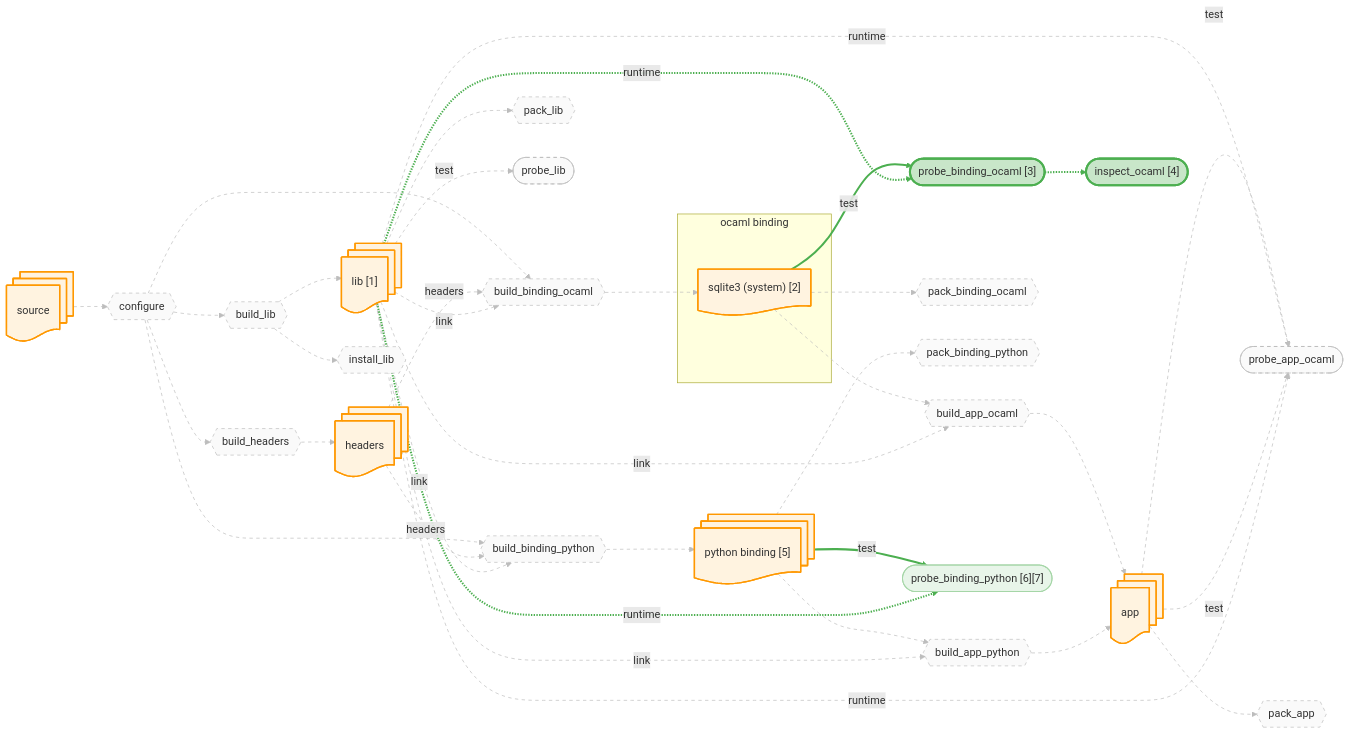
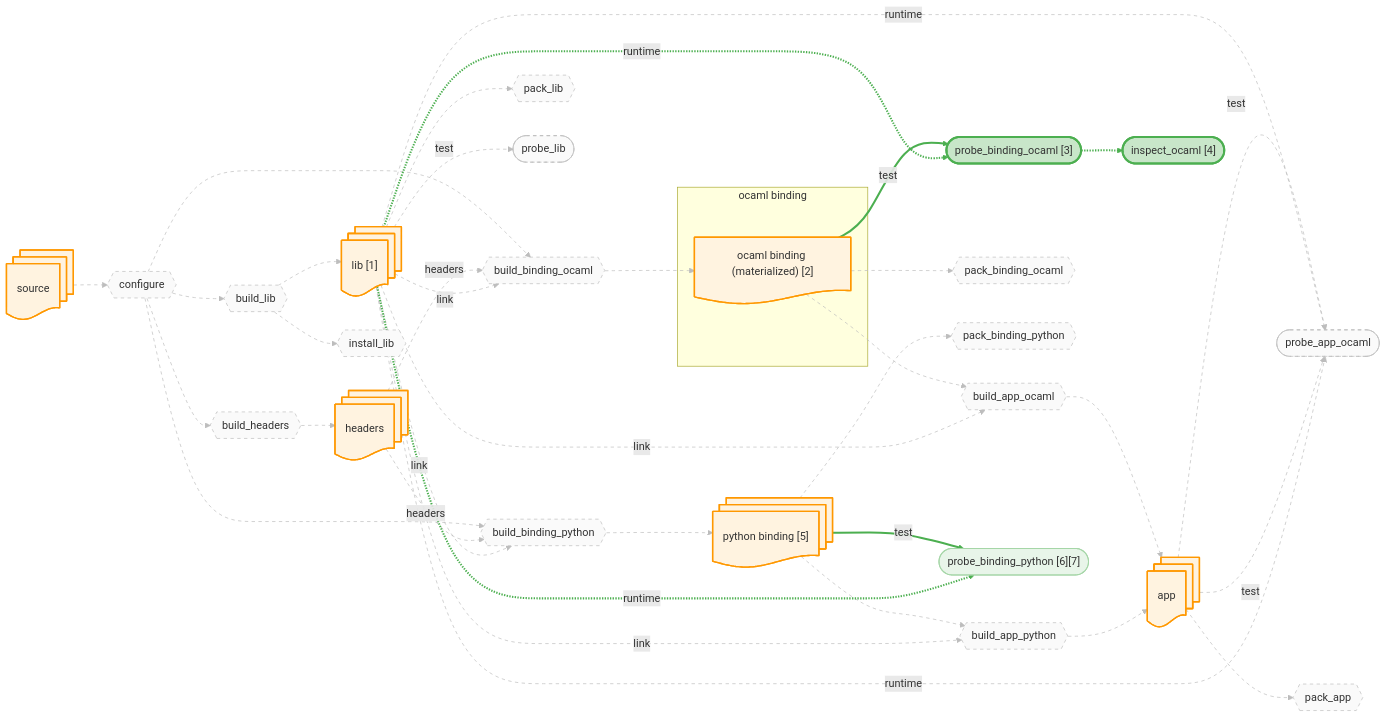
The diagram in docs/canary/projects/sqlite/-run/diagrams/binding_ocaml.mmd (JHU-PL-Lab/tola), drawn with Mermaid before and after one commit. The commit also changed 14 other files, not shown here.

```diff
--- a/docs/canary/projects/sqlite/-run/diagrams/binding_ocaml.mmd
+++ b/docs/canary/projects/sqlite/-run/diagrams/binding_ocaml.mmd
@@ -1,126 +1,126 @@
 %% view: binding_ocaml
 graph LR
     source_node@{ shape: docs, label: "source" }
     headers_node@{ shape: docs, label: "headers" }
     lib_node@{ shape: docs, label: "lib [1]" }
     app_node@{ shape: docs, label: "app" }
     subgraph ocaml_binding_sg ["ocaml binding"]
-      ocaml_binding_fetch_node@{ shape: doc, label: "sqlite3 (system) [2]" }
+      ocaml_binding_fetch_node@{ shape: doc, label: "ocaml binding (materialized) [2]" }
     end
     python_binding_node@{ shape: docs, label: "python binding [5]" }
 
     A_configure{{"configure"}}
     A_build_headers{{"build_headers"}}
     A_build_lib{{"build_lib"}}
     A_build_binding_ocaml{{"build_binding_ocaml"}}
     A_build_app_ocaml{{"build_app_ocaml"}}
     A_build_binding_python{{"build_binding_python"}}
     A_build_app_python{{"build_app_python"}}
     A_install_lib{{"install_lib"}}
     A_pack_binding_ocaml{{"pack_binding_ocaml"}}
     A_pack_binding_python{{"pack_binding_python"}}
     A_pack_lib{{"pack_lib"}}
     A_pack_app{{"pack_app"}}
     A_probe_binding_ocaml(["probe_binding_ocaml [3]"])
     A_probe_app_ocaml(["probe_app_ocaml"])
     A_probe_binding_python(["probe_binding_python [6][7]"])
     A_probe_app_ocaml(["probe_app_ocaml"])
     A_probe_lib(["probe_lib"])
     A_probe_binding_ocaml_inspect(["inspect_ocaml [4]"])
 
     source_node --> A_configure
     A_configure --> A_build_headers
     A_build_headers --> headers_node
     A_configure --> A_build_lib
     A_build_lib --> lib_node
     A_configure --> A_build_binding_ocaml
     headers_node -.->|headers| A_build_binding_ocaml
     lib_node -.->|link| A_build_binding_ocaml
     A_build_binding_ocaml --> ocaml_binding_fetch_node
     ocaml_binding_fetch_node --> A_build_app_ocaml
     lib_node -.->|link| A_build_app_ocaml
     A_build_app_ocaml --> app_node
     A_configure --> A_build_binding_python
     headers_node -.->|headers| A_build_binding_python
     lib_node -.->|link| A_build_binding_python
     A_build_binding_python --> python_binding_node
     python_binding_node --> A_build_app_python
     lib_node -.->|link| A_build_app_python
     A_build_app_python --> app_node
     A_build_lib --> A_install_lib
     ocaml_binding_fetch_node --> A_pack_binding_ocaml
     python_binding_node --> A_pack_binding_python
     lib_node --> A_pack_lib
     app_node --> A_pack_app
     ocaml_binding_fetch_node -->|test| A_probe_binding_ocaml
     lib_node -.->|runtime| A_probe_binding_ocaml
     app_node -->|test| A_probe_app_ocaml
     lib_node -.->|runtime| A_probe_app_ocaml
     python_binding_node -->|test| A_probe_binding_python
     lib_node -.->|runtime| A_probe_binding_python
     app_node -->|test| A_probe_app_ocaml
     lib_node -.->|runtime| A_probe_app_ocaml
     lib_node -->|test| A_probe_lib
     A_probe_binding_ocaml -.-> A_probe_binding_ocaml_inspect
 
     classDef artifact fill:#fff3e0,stroke:#ff9800,stroke-width:2px
     classDef action fill:#f3e5f5,stroke:#9c27b0,stroke-width:2px
     classDef st_done fill:#c8e6c9,stroke:#4caf50,stroke-width:3px
     classDef st_done_ctx fill:#e8f5e9,stroke:#a5d6a7,stroke-width:1.5px
     classDef st_expected_fail fill:#fff9c4,stroke:#f9a825,stroke-width:2px
     classDef st_failed fill:#ffcdd2,stroke:#c62828,stroke-width:2px
     classDef st_skipped fill:#f5f5f5,stroke:#9e9e9e,stroke-dasharray:5
     classDef st_nospec fill:#fafafa,stroke:#bdbdbd,stroke-dasharray:5
     class source_node,headers_node,lib_node,app_node,ocaml_binding_fetch_node,python_binding_node artifact
     class A_configure st_nospec
     class A_build_headers st_nospec
     class A_build_lib st_nospec
     class A_build_binding_ocaml st_nospec
     class A_build_app_ocaml st_nospec
     class A_build_binding_python st_nospec
     class A_build_app_python st_nospec
     class A_install_lib st_nospec
     class A_pack_binding_ocaml st_nospec
     class A_pack_binding_python st_nospec
     class A_pack_lib st_nospec
     class A_pack_app st_nospec
     class A_probe_binding_ocaml st_done
     class A_probe_app_ocaml st_nospec
     class A_probe_binding_python st_done_ctx
     class A_probe_app_ocaml st_nospec
     class A_probe_lib st_nospec
     class A_probe_binding_ocaml_inspect st_done
     linkStyle 0 stroke:#bdbdbd,stroke-width:1px,stroke-dasharray:5
     linkStyle 1 stroke:#bdbdbd,stroke-width:1px,stroke-dasharray:5
     linkStyle 2 stroke:#bdbdbd,stroke-width:1px,stroke-dasharray:5
     linkStyle 3 stroke:#bdbdbd,stroke-width:1px,stroke-dasharray:5
     linkStyle 4 stroke:#bdbdbd,stroke-width:1px,stroke-dasharray:5
     linkStyle 5 stroke:#bdbdbd,stroke-width:1px,stroke-dasharray:5
     linkStyle 6 stroke:#bdbdbd,stroke-width:1px,stroke-dasharray:5
     linkStyle 7 stroke:#bdbdbd,stroke-width:1px,stroke-dasharray:5
     linkStyle 8 stroke:#bdbdbd,stroke-width:1px,stroke-dasharray:5
     linkStyle 9 stroke:#bdbdbd,stroke-width:1px,stroke-dasharray:5
     linkStyle 10 stroke:#bdbdbd,stroke-width:1px,stroke-dasharray:5
     linkStyle 11 stroke:#bdbdbd,stroke-width:1px,stroke-dasharray:5
     linkStyle 12 stroke:#bdbdbd,stroke-width:1px,stroke-dasharray:5
     linkStyle 13 stroke:#bdbdbd,stroke-width:1px,stroke-dasharray:5
     linkStyle 14 stroke:#bdbdbd,stroke-width:1px,stroke-dasharray:5
     linkStyle 15 stroke:#bdbdbd,stroke-width:1px,stroke-dasharray:5
     linkStyle 16 stroke:#bdbdbd,stroke-width:1px,stroke-dasharray:5
     linkStyle 17 stroke:#bdbdbd,stroke-width:1px,stroke-dasharray:5
     linkStyle 18 stroke:#bdbdbd,stroke-width:1px,stroke-dasharray:5
     linkStyle 19 stroke:#bdbdbd,stroke-width:1px,stroke-dasharray:5
     linkStyle 20 stroke:#bdbdbd,stroke-width:1px,stroke-dasharray:5
     linkStyle 21 stroke:#bdbdbd,stroke-width:1px,stroke-dasharray:5
     linkStyle 22 stroke:#bdbdbd,stroke-width:1px,stroke-dasharray:5
     linkStyle 23 stroke:#bdbdbd,stroke-width:1px,stroke-dasharray:5
     linkStyle 24 stroke:#4caf50,stroke-width:3px
     linkStyle 25 stroke:#4caf50,stroke-width:3px
     linkStyle 26 stroke:#bdbdbd,stroke-width:1px,stroke-dasharray:5
     linkStyle 27 stroke:#bdbdbd,stroke-width:1px,stroke-dasharray:5
     linkStyle 28 stroke:#4caf50,stroke-width:3px
     linkStyle 29 stroke:#4caf50,stroke-width:3px
     linkStyle 30 stroke:#bdbdbd,stroke-width:1px,stroke-dasharray:5
     linkStyle 31 stroke:#bdbdbd,stroke-width:1px,stroke-dasharray:5
     linkStyle 32 stroke:#bdbdbd,stroke-width:1px,stroke-dasharray:5
     linkStyle 33 stroke:#4caf50,stroke-width:3px
```
